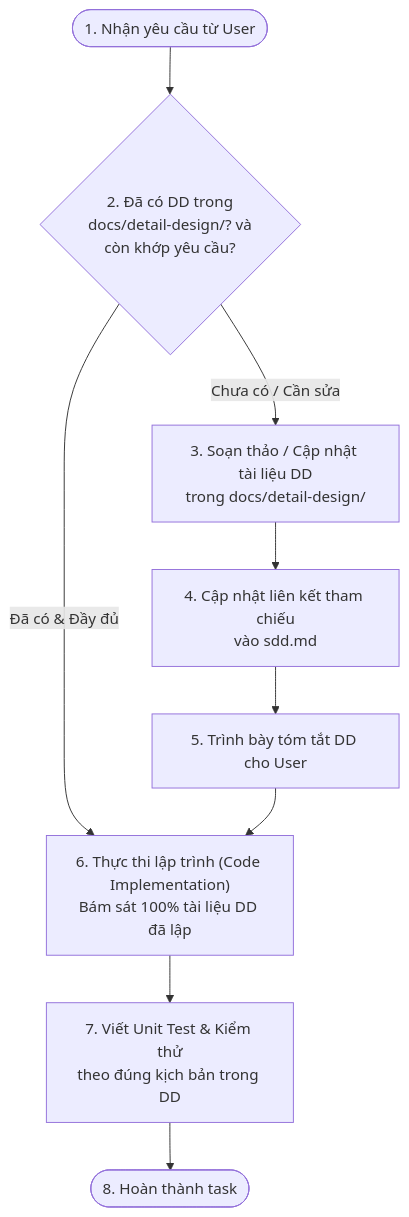
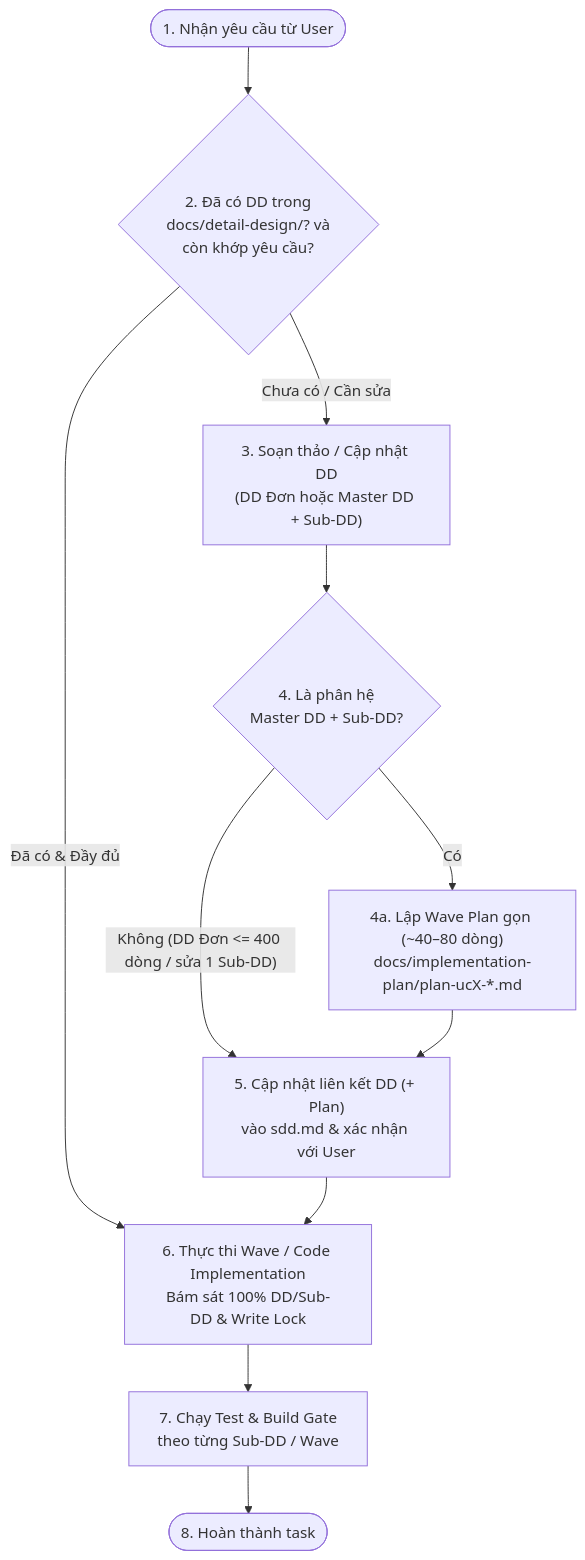
Before and after one commit to bankientapcode-1410/9h53: the diagram in AGENTS.md, drawn with Mermaid. The commit also changed other lines of this file and 116 other files, not shown here.

````diff
--- a/AGENTS.md
+++ b/AGENTS.md
@@ -69,14 +98,16 @@
 ```mermaid
 flowchart TD
     Req(["1. Nhận yêu cầu từ User"]) --> CheckDD{"2. Đã có DD trong<br/>docs/detail-design/? và<br/>còn khớp yêu cầu?"}
     
-    CheckDD -- "Chưa có / Cần sửa" --> WriteDD["3. Soạn thảo / Cập nhật tài liệu DD<br/>trong docs/detail-design/"]
-    WriteDD --> LinkSDD["4. Cập nhật liên kết tham chiếu<br/>vào sdd.md"]
-    LinkSDD --> Confirm["5. Trình bày tóm tắt DD cho User"]
+    CheckDD -- "Chưa có / Cần sửa" --> WriteDD["3. Soạn thảo / Cập nhật DD<br/>(DD Đơn hoặc Master DD + Sub-DD)"]
+    WriteDD --> CheckPlan{"4. Là phân hệ<br/>Master DD + Sub-DD?"}
+    CheckPlan -- "Có" --> WritePlan["4a. Lập Wave Plan gọn (~40–80 dòng)<br/>docs/implementation-plan/plan-ucX-*.md"]
+    CheckPlan -- "Không (DD Đơn <= 400 dòng / sửa 1 Sub-DD)" --> LinkSDD
+    WritePlan --> LinkSDD["5. Cập nhật liên kết DD (+ Plan)<br/>vào sdd.md & xác nhận với User"]
     
     CheckDD -- "Đã có & Đầy đủ" --> Implement
-    Confirm --> Implement["6. Thực thi lập trình (Code Implementation)<br/>Bám sát 100% tài liệu DD đã lập"]
+    LinkSDD --> Implement["6. Thực thi Wave / Code Implementation<br/>Bám sát 100% DD/Sub-DD & Write Lock"]
     
-    Implement --> Test["7. Viết Unit Test & Kiểm thử<br/>theo đúng kịch bản trong DD"]
+    Implement --> Test["7. Chạy Test & Build Gate<br/>theo từng Sub-DD / Wave"]
     Test --> Done(["8. Hoàn thành task"])
 ```
````
